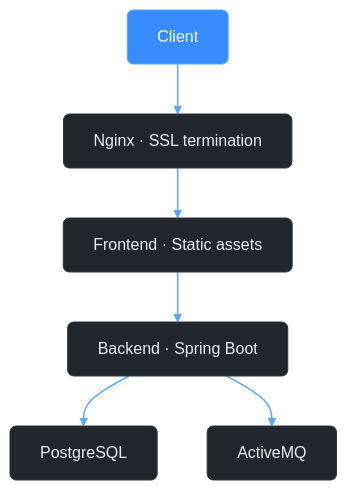
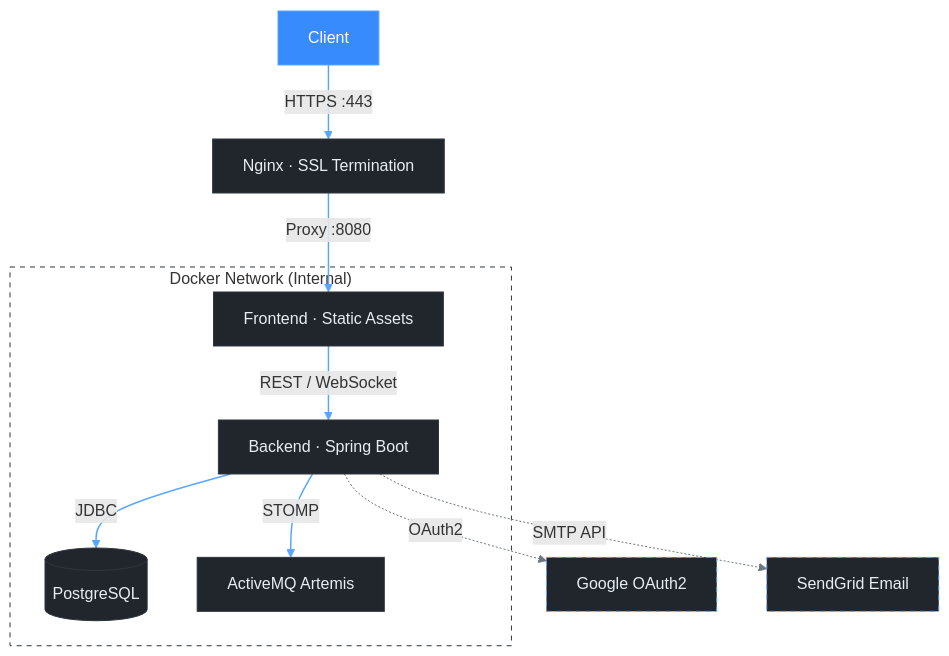
Before and after one commit to sagi-menahem/SynchBoard: the diagram in README.md, drawn with Mermaid.

Commit message:
docs: enhance flowchart in README for improved clarity and GitHub Dark Mode compatibility

````diff
--- a/README.md
+++ b/README.md
@@ -64,24 +64,33 @@
 ```mermaid
 flowchart TD
     %% Minimalist theme optimized for GitHub Dark Mode
-    classDef default fill:#21262d,stroke:#30363d,stroke-width:1px,color:#e6edf3,rx:6,ry:6
-    classDef accent fill:#388bfd,stroke:#58a6ff,stroke-width:1px,color:#ffffff,rx:6,ry:6
+    classDef default fill:#21262d,stroke:#30363d,stroke-width:1px,color:#e6edf3
+    classDef accent fill:#388bfd,stroke:#58a6ff,stroke-width:1px,color:#ffffff
+    classDef external fill:#21262d,stroke:#58a6ff,stroke-width:1px,color:#e6edf3,stroke-dasharray:5 5
 
     Client["Client"]:::accent
-    Nginx["Nginx · SSL termination"]
-    Frontend["Frontend · Static assets"]
-    Backend["Backend · Spring Boot"]
-    Postgres["PostgreSQL"]
-    ActiveMQ["ActiveMQ"]
+    Nginx["Nginx · SSL Termination"]
 
-    Client --> Nginx
-    Nginx --> Frontend
-    Frontend --> Backend
-    Backend --> Postgres & ActiveMQ
+    subgraph docker ["Docker Network (Internal)"]
+        Frontend["Frontend · Static Assets"]
+        Backend["Backend · Spring Boot"]
+        Postgres[("PostgreSQL")]
+        ActiveMQ["ActiveMQ Artemis"]
+    end
 
-    linkStyle 0 stroke:#58a6ff,stroke-width:1.5px
-    linkStyle 1 stroke:#58a6ff,stroke-width:1.5px
-    linkStyle 2 stroke:#58a6ff,stroke-width:1.5px
-    linkStyle 3 stroke:#58a6ff,stroke-width:1.5px
-    linkStyle 4 stroke:#58a6ff,stroke-width:1.5px
+    Google["Google OAuth2"]:::external
+    SendGrid["SendGrid Email"]:::external
+
+    Client -->|HTTPS :443| Nginx
+    Nginx -->|Proxy :8080| Frontend
+    Frontend -->|REST / WebSocket| Backend
+    Backend -->|JDBC| Postgres
+    Backend -->|STOMP| ActiveMQ
+    Backend -.->|OAuth2| Google
+    Backend -.->|SMTP API| SendGrid
+
+    style docker fill:transparent,stroke:#30363d,stroke-width:1px,stroke-dasharray:5 5
+
+    linkStyle 0,1,2,3,4 stroke:#58a6ff,stroke-width:1.5px
+    linkStyle 5,6 stroke:#6e7681,stroke-width:1px
 ```
````
